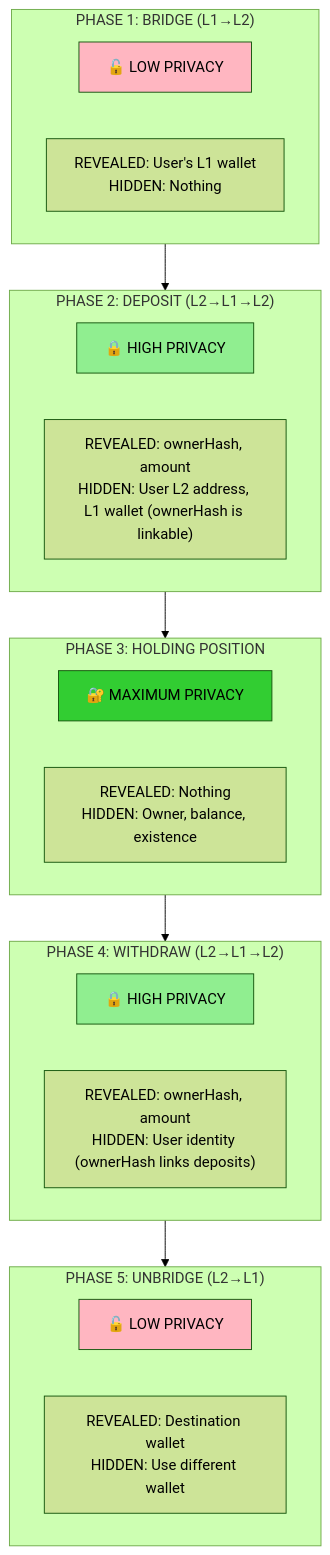
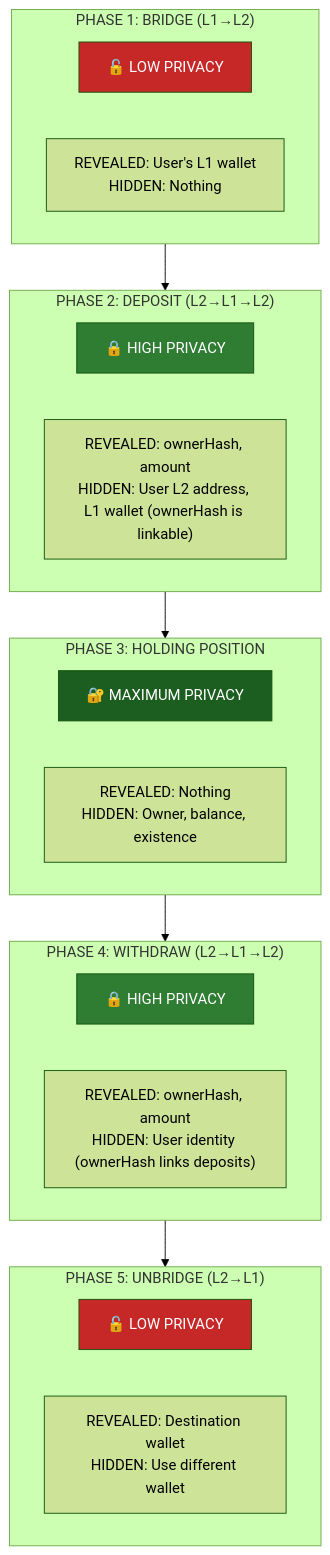
One commit to NethermindEth/aztec-aave-wrapper changed the fourth of 8 diagrams in PROTOCOL.md. Above: the diagram before and after it, drawn with Mermaid (forest theme). The commit also changed other lines of this file, not shown here.

Commit message:
diagram fixes

````diff
--- a/PROTOCOL.md
+++ b/PROTOCOL.md
@@ -152,40 +152,40 @@
 ```mermaid
 flowchart TB
     subgraph P1["PHASE 1: BRIDGE (L1→L2)"]
         direction LR
         P1L["🔓 LOW PRIVACY"]
         P1D["REVEALED: User's L1 wallet<br/>HIDDEN: Nothing"]
     end
 
     subgraph P2["PHASE 2: DEPOSIT (L2→L1→L2)"]
         direction LR
         P2L["🔒 HIGH PRIVACY"]
         P2D["REVEALED: ownerHash, amount<br/>HIDDEN: User L2 address, L1 wallet (ownerHash is linkable)"]
     end
 
     subgraph P3["PHASE 3: HOLDING POSITION"]
         direction LR
         P3L["🔐 MAXIMUM PRIVACY"]
         P3D["REVEALED: Nothing<br/>HIDDEN: Owner, balance, existence"]
     end
 
     subgraph P4["PHASE 4: WITHDRAW (L2→L1→L2)"]
         direction LR
         P4L["🔒 HIGH PRIVACY"]
         P4D["REVEALED: ownerHash, amount<br/>HIDDEN: User identity (ownerHash links deposits)"]
     end
 
     subgraph P5["PHASE 5: UNBRIDGE (L2→L1)"]
         direction LR
         P5L["🔓 LOW PRIVACY"]
         P5D["REVEALED: Destination wallet<br/>HIDDEN: Use different wallet"]
     end
 
     P1 --> P2 --> P3 --> P4 --> P5
 
-    style P1L fill:#FFB6C1
-    style P2L fill:#90EE90
-    style P3L fill:#32CD32
-    style P4L fill:#90EE90
-    style P5L fill:#FFB6C1
+    style P1L fill:#C62828,color:#fff
+    style P2L fill:#2E7D32,color:#fff
+    style P3L fill:#1B5E20,color:#fff
+    style P4L fill:#2E7D32,color:#fff
+    style P5L fill:#C62828,color:#fff
 ```
````
